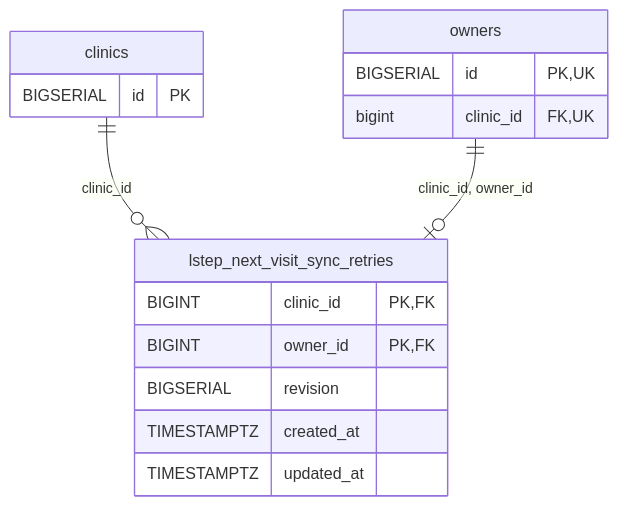
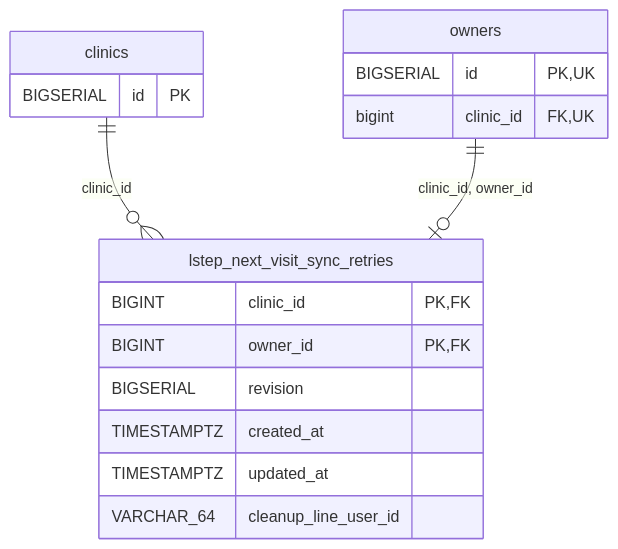
The diagram in docs/architecture/erd-detail/lstep_next_visit_sync_retries.md (MinoruSoga/AnimalEkarte), drawn with Mermaid before and after one commit. The commit also changed other lines of this file and 25 other files, not shown here.

````diff
--- a/docs/architecture/erd-detail/lstep_next_visit_sync_retries.md
+++ b/docs/architecture/erd-detail/lstep_next_visit_sync_retries.md
@@ -28,19 +29,20 @@
 ```mermaid
 erDiagram
     lstep_next_visit_sync_retries {
         BIGINT clinic_id PK,FK
         BIGINT owner_id PK,FK
         BIGSERIAL revision
         TIMESTAMPTZ created_at
         TIMESTAMPTZ updated_at
+        VARCHAR_64 cleanup_line_user_id
     }
     clinics {
         BIGSERIAL id PK
     }
     owners {
         BIGSERIAL id PK,UK
         bigint clinic_id FK,UK
     }
     clinics ||--o{ lstep_next_visit_sync_retries : "clinic_id"
     owners ||--o| lstep_next_visit_sync_retries : "clinic_id, owner_id"
 ```
````
